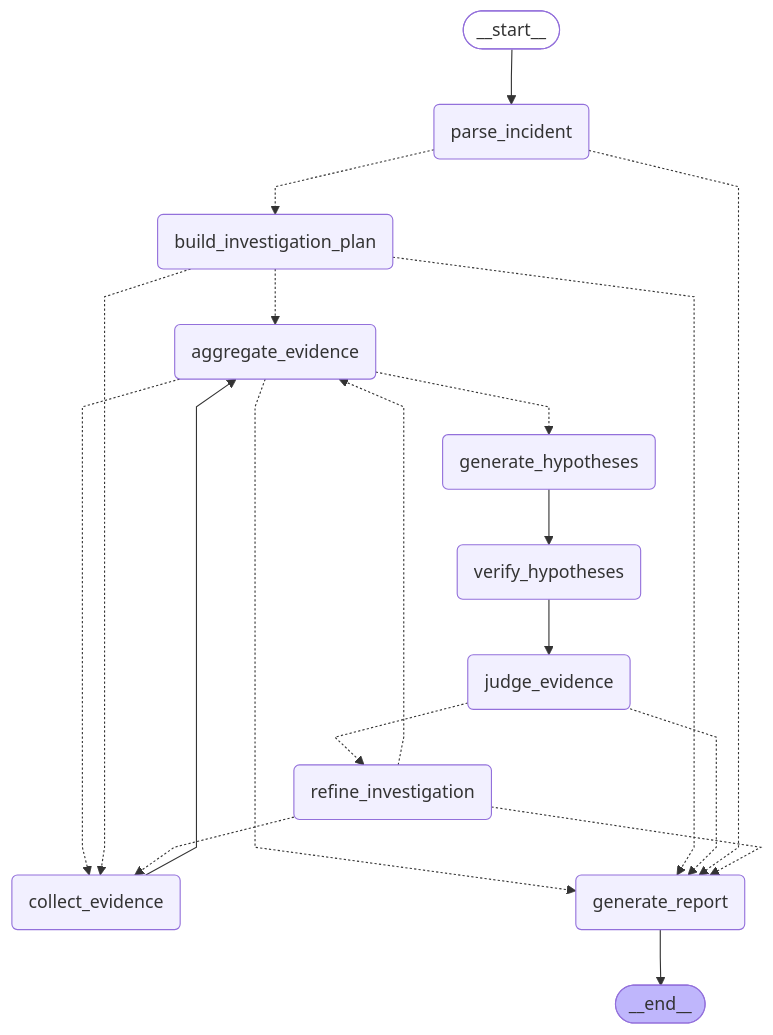
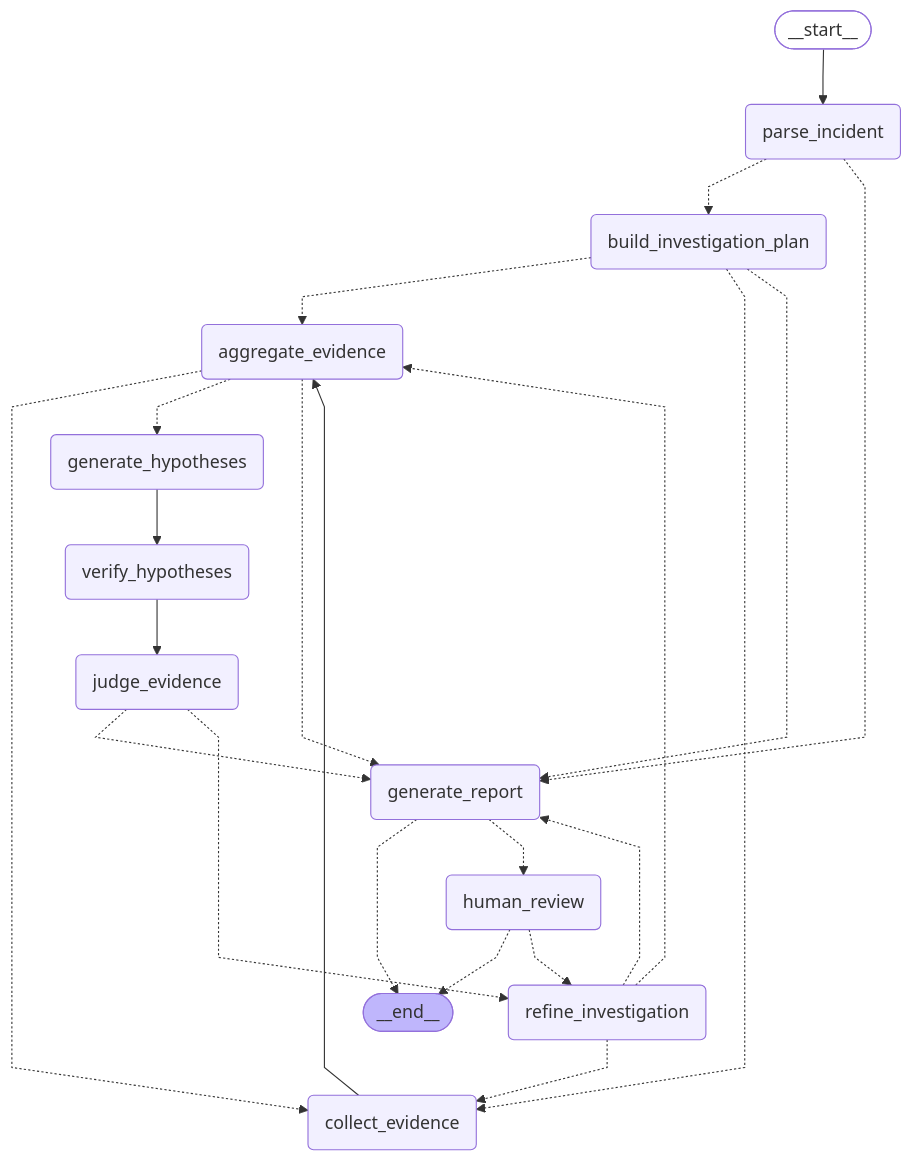
One commit to Solene200/copilot changed the diagram in docs/GRAPH_CURRENT.md. Above: the diagram before and after it, drawn with Mermaid. The commit also changed other lines of this file and 7 other files, not shown here.

````diff
--- a/docs/GRAPH_CURRENT.md
+++ b/docs/GRAPH_CURRENT.md
@@ -10,40 +12,44 @@
 ```mermaid
 ---
 config:
   flowchart:
     curve: linear
 ---
 graph TD;
 	__start__([<p>__start__</p>]):::first
 	parse_incident(parse_incident)
 	build_investigation_plan(build_investigation_plan)
 	collect_evidence(collect_evidence)
 	aggregate_evidence(aggregate_evidence)
 	generate_hypotheses(generate_hypotheses)
 	verify_hypotheses(verify_hypotheses)
 	judge_evidence(judge_evidence)
 	refine_investigation(refine_investigation)
 	generate_report(generate_report)
+	human_review(human_review)
 	__end__([<p>__end__</p>]):::last
 	__start__ --> parse_incident;
 	aggregate_evidence -.-> collect_evidence;
 	aggregate_evidence -.-> generate_hypotheses;
 	aggregate_evidence -.-> generate_report;
 	build_investigation_plan -.-> aggregate_evidence;
 	build_investigation_plan -.-> collect_evidence;
 	build_investigation_plan -.-> generate_report;
 	collect_evidence --> aggregate_evidence;
 	generate_hypotheses --> verify_hypotheses;
+	generate_report -.-> __end__;
+	generate_report -.-> human_review;
+	human_review -.-> __end__;
+	human_review -.-> refine_investigation;
 	judge_evidence -.-> generate_report;
 	judge_evidence -.-> refine_investigation;
 	parse_incident -.-> build_investigation_plan;
 	parse_incident -.-> generate_report;
 	refine_investigation -.-> aggregate_evidence;
 	refine_investigation -.-> collect_evidence;
 	refine_investigation -.-> generate_report;
 	verify_hypotheses --> judge_evidence;
-	generate_report --> __end__;
 	classDef default fill:#f2f0ff,line-height:1.2
 	classDef first fill-opacity:0
 	classDef last fill:#bfb6fc
 ```
````
